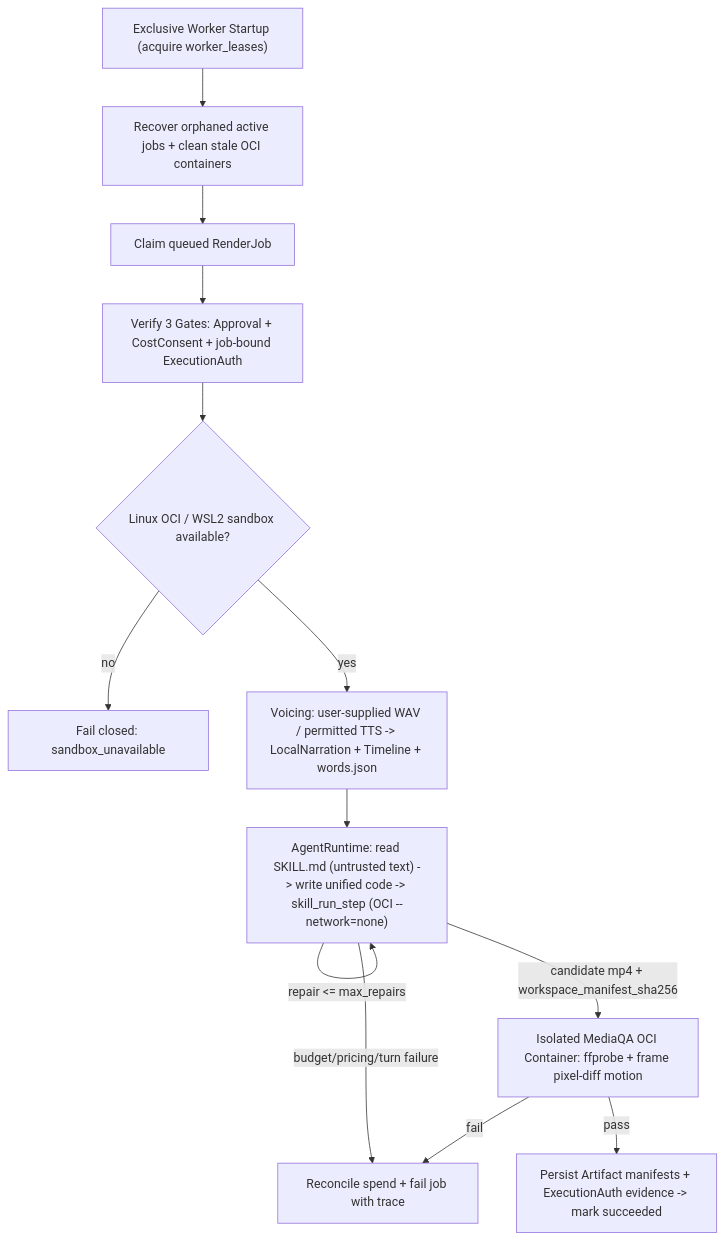
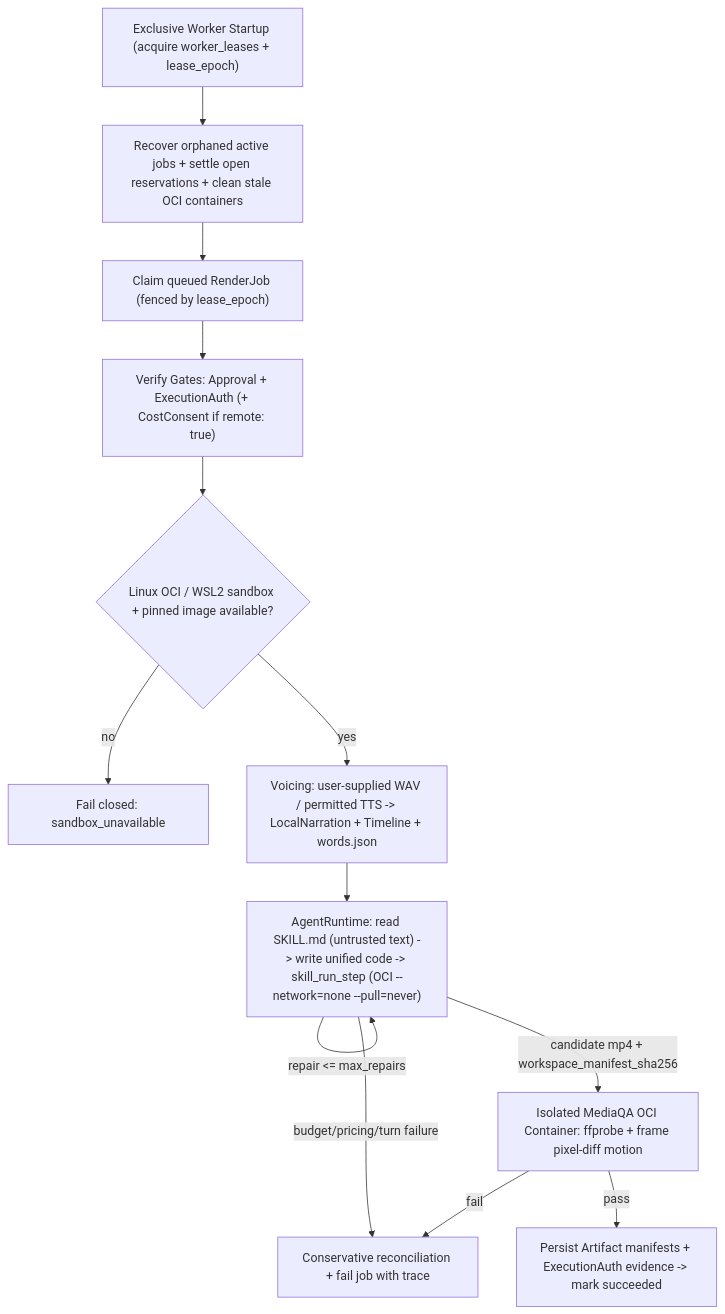
Before and after one commit to RahmatHadinata23758051/Scenivox: the diagram in technical-docs/ARCHITECTURE.md, drawn with Mermaid. The commit also changed other lines of this file and 7 other files, not shown here.

````diff
--- a/technical-docs/ARCHITECTURE.md
+++ b/technical-docs/ARCHITECTURE.md
@@ -64,15 +71,15 @@
 ```mermaid
 flowchart TD
-    WORKER["Exclusive Worker Startup (acquire worker_leases)"] --> RECOVER["Recover orphaned active jobs + clean stale OCI containers"]
-    RECOVER --> POLL["Claim queued RenderJob"]
-    POLL --> GATES["Verify 3 Gates: Approval + CostConsent + job-bound ExecutionAuth"]
-    GATES --> SBX{"Linux OCI / WSL2 sandbox available?"}
+    WORKER["Exclusive Worker Startup (acquire worker_leases + lease_epoch)"] --> RECOVER["Recover orphaned active jobs + settle open reservations + clean stale OCI containers"]
+    RECOVER --> POLL["Claim queued RenderJob (fenced by lease_epoch)"]
+    POLL --> GATES["Verify Gates: Approval + ExecutionAuth (+ CostConsent if remote: true)"]
+    GATES --> SBX{"Linux OCI / WSL2 sandbox + pinned image available?"}
     SBX -->|no| FAIL_SBX["Fail closed: sandbox_unavailable"]
     SBX -->|yes| VOICE["Voicing: user-supplied WAV / permitted TTS -> LocalNarration + Timeline + words.json"]
-    VOICE --> AGENT["AgentRuntime: read SKILL.md (untrusted text) -> write unified code -> skill_run_step (OCI --network=none)"]
+    VOICE --> AGENT["AgentRuntime: read SKILL.md (untrusted text) -> write unified code -> skill_run_step (OCI --network=none --pull=never)"]
     AGENT -->|"repair <= max_repairs"| AGENT
-    AGENT -->|budget/pricing/turn failure| FAIL_JOB["Reconcile spend + fail job with trace"]
+    AGENT -->|budget/pricing/turn failure| FAIL_JOB["Conservative reconciliation + fail job with trace"]
     AGENT -->|candidate mp4 + workspace_manifest_sha256| MQA["Isolated MediaQA OCI Container: ffprobe + frame pixel-diff motion"]
     MQA -->|fail| FAIL_JOB
     MQA -->|pass| SUCCEED["Persist Artifact manifests + ExecutionAuth evidence -> mark succeeded"]
 ```
````
